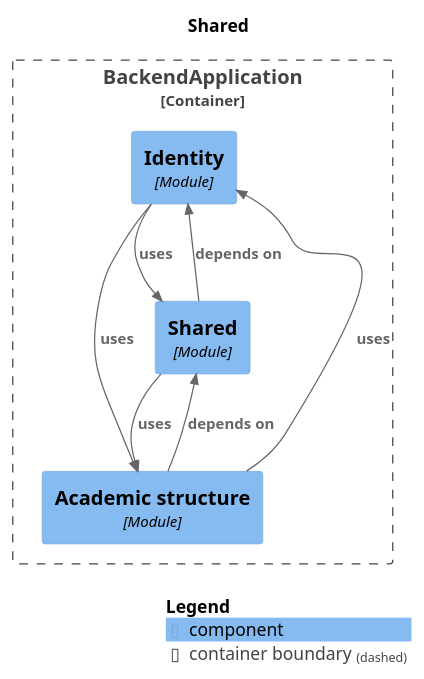
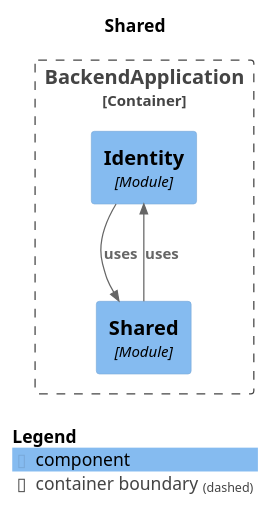
Before and after one commit to Gabriel030/agustina-bermejo-app: the diagram in docs/architecture/module-shared.puml, drawn with PlantUML. The commit also changed 21 other files, not shown here.

Commit message:
docs(architecture): regenera diagramas Modulith (M3a, billing v2) y corrige comando en README

```diff
--- a/docs/architecture/module-shared.puml
+++ b/docs/architecture/module-shared.puml
@@ -1,25 +1,20 @@
 @startuml
 set separator none
 title Shared
 
 top to bottom direction
 
 !include <C4/C4>
 !include <C4/C4_Context>
 !include <C4/C4_Component>
 
 Container_Boundary("BackendApplication.BackendApplication_boundary", "BackendApplication", $tags="") {
   Component(BackendApplication.BackendApplication.Identity, "Identity", $techn="Module", $descr="", $tags="", $link="")
   Component(BackendApplication.BackendApplication.Shared, "Shared", $techn="Module", $descr="", $tags="", $link="")
-  Component(BackendApplication.BackendApplication.Academicstructure, "Academic structure", $techn="Module", $descr="", $tags="", $link="")
 }
 
-Rel(BackendApplication.BackendApplication.Academicstructure, BackendApplication.BackendApplication.Identity, "uses", $techn="", $tags="", $link="")
-Rel(BackendApplication.BackendApplication.Academicstructure, BackendApplication.BackendApplication.Shared, "depends on", $techn="", $tags="", $link="")
-Rel(BackendApplication.BackendApplication.Identity, BackendApplication.BackendApplication.Academicstructure, "uses", $techn="", $tags="", $link="")
 Rel(BackendApplication.BackendApplication.Identity, BackendApplication.BackendApplication.Shared, "uses", $techn="", $tags="", $link="")
-Rel(BackendApplication.BackendApplication.Shared, BackendApplication.BackendApplication.Academicstructure, "uses", $techn="", $tags="", $link="")
-Rel(BackendApplication.BackendApplication.Shared, BackendApplication.BackendApplication.Identity, "depends on", $techn="", $tags="", $link="")
+Rel(BackendApplication.BackendApplication.Shared, BackendApplication.BackendApplication.Identity, "uses", $techn="", $tags="", $link="")
 
 SHOW_LEGEND(true)
 @enduml
```
